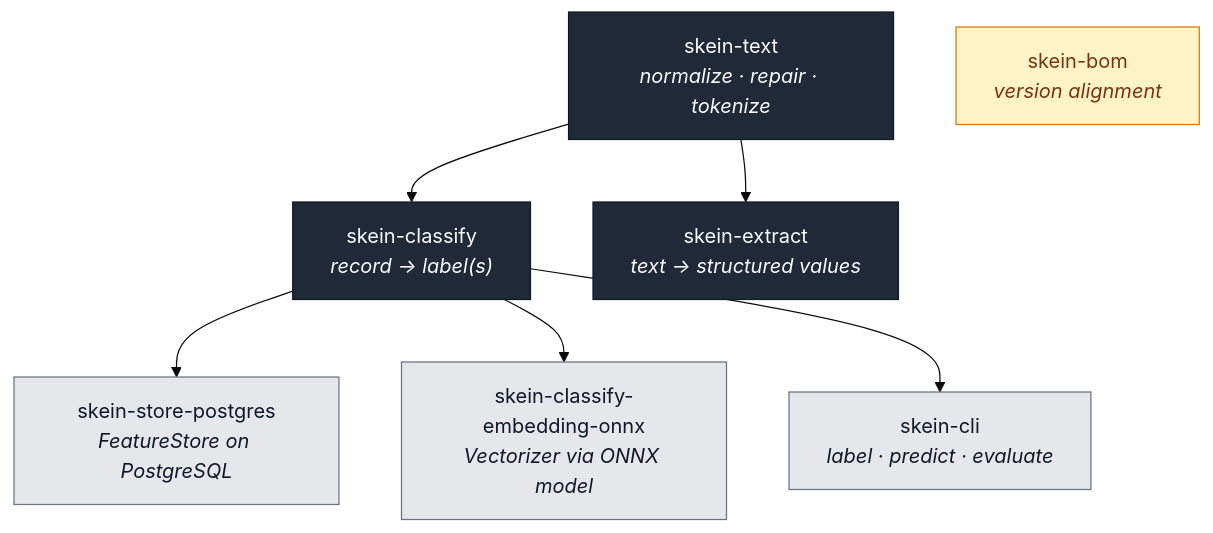
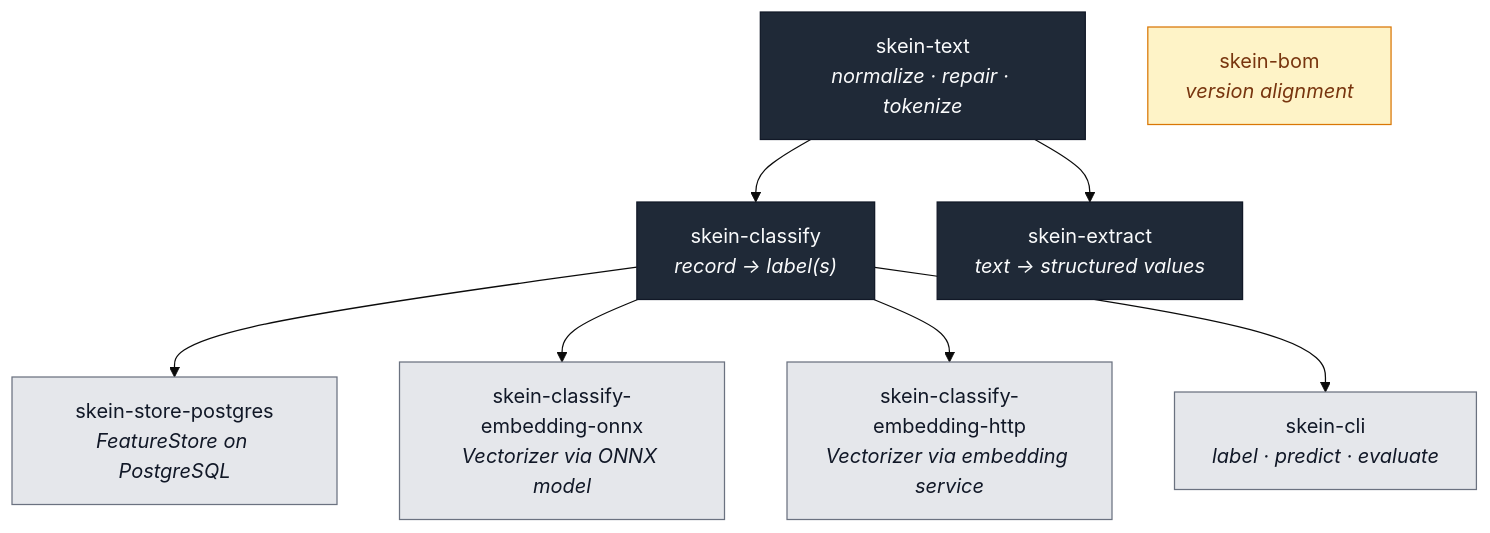
One commit to Ragin-LundF/smart-skein changed the diagram in docs/assets/diagrams/module-map.mmd. Above: the diagram before and after it, drawn with Mermaid (base theme). The commit also changed 95 other files, not shown here.

```diff
--- a/docs/assets/diagrams/module-map.mmd
+++ b/docs/assets/diagrams/module-map.mmd
@@ -1,21 +1,23 @@
 graph TD
     text["skein-text<br/><i>normalize · repair · tokenize</i>"]
     classify["skein-classify<br/><i>record → label(s)</i>"]
     extract["skein-extract<br/><i>text → structured values</i>"]
     postgres["skein-store-postgres<br/><i>FeatureStore on PostgreSQL</i>"]
     onnx["skein-classify-embedding-onnx<br/><i>Vectorizer via ONNX model</i>"]
+    http["skein-classify-embedding-http<br/><i>Vectorizer via embedding service</i>"]
     cli["skein-cli<br/><i>label · predict · evaluate</i>"]
     bom["skein-bom<br/><i>version alignment</i>"]
 
     text --> classify
     text --> extract
     classify --> postgres
     classify --> onnx
+    classify --> http
     classify --> cli
 
     classDef core fill:#1f2937,stroke:#111827,color:#f9fafb
     classDef adapter fill:#e5e7eb,stroke:#6b7280,color:#111827
     classDef meta fill:#fef3c7,stroke:#d97706,color:#78350f
     class text,classify,extract core
-    class postgres,onnx,cli adapter
+    class postgres,onnx,http,cli adapter
     class bom meta
```
